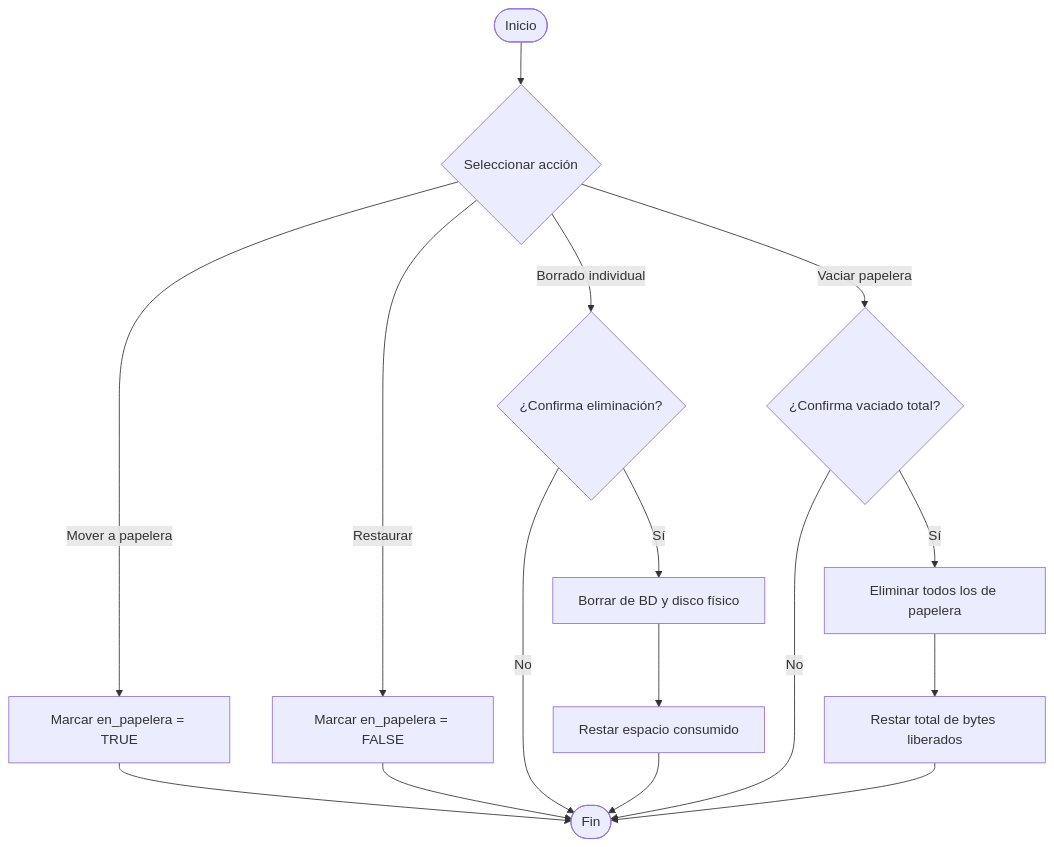
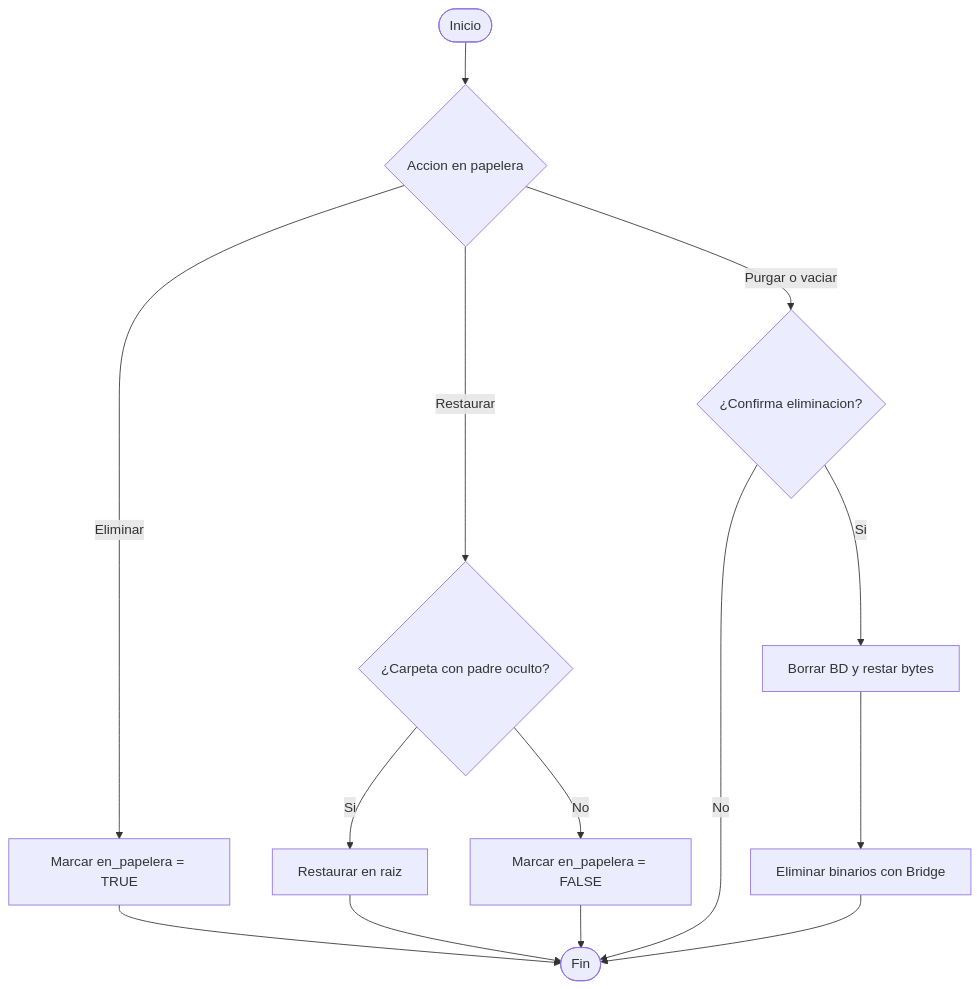
Diagram 13 of 15 in docs/DOCUMENTACION_PROYECTO.md (JFernn4/Servicio-de-Almacenamiento), drawn with Mermaid before and after one commit. The commit also changed other lines of this file and 8 other files, not shown here.

````diff
--- a/docs/DOCUMENTACION_PROYECTO.md
+++ b/docs/DOCUMENTACION_PROYECTO.md
@@ -403,16 +539,12 @@
 ```mermaid
 flowchart TD
-    Inicio([Inicio]) --> Accion{Seleccionar acción}
-    Accion -- Mover a papelera --> MarcarPap[Marcar en_papelera = TRUE]
-    MarcarPap --> Fin([Fin])
-    Accion -- Restaurar --> QuitarPap[Marcar en_papelera = FALSE]
-    QuitarPap --> Fin
-    Accion -- Borrado individual --> Confirm1{¿Confirma eliminación?}
-    Confirm1 -- No --> Fin
-    Confirm1 -- Sí --> Purgar1[Borrar de BD y disco físico]
-    Purgar1 --> Libera1[Restar espacio consumido] --> Fin
-    Accion -- Vaciar papelera --> Confirm2{¿Confirma vaciado total?}
-    Confirm2 -- No --> Fin
-    Confirm2 -- Sí --> PurgarAll[Eliminar todos los de papelera]
-    PurgarAll --> LiberaAll[Restar total de bytes liberados] --> Fin
+    Inicio([Inicio]) --> Accion{"Accion en papelera"}
+    Accion -- Eliminar --> Soft["Marcar en_papelera = TRUE"] --> Fin([Fin])
+    Accion -- Restaurar --> EsCarp{"¿Carpeta con padre oculto?"}
+    EsCarp -- Si --> Raiz["Restaurar en raiz"] --> Fin
+    EsCarp -- No --> Rest["Marcar en_papelera = FALSE"] --> Fin
+    Accion -- Purgar o vaciar --> Confirm{"¿Confirma eliminacion?"}
+    Confirm -- No --> Fin
+    Confirm -- Si --> DelBD["Borrar BD y restar bytes"]
+    DelBD --> DelFis["Eliminar binarios con Bridge"] --> Fin
 ```
````
